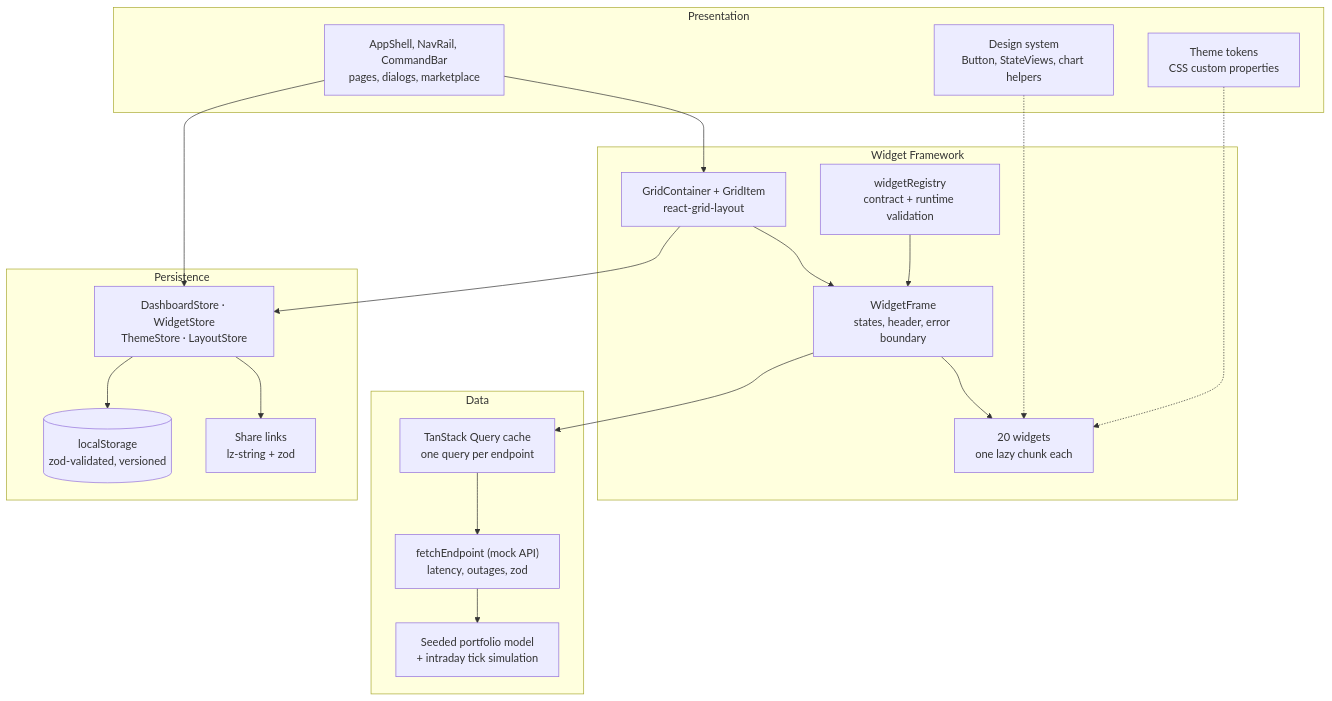
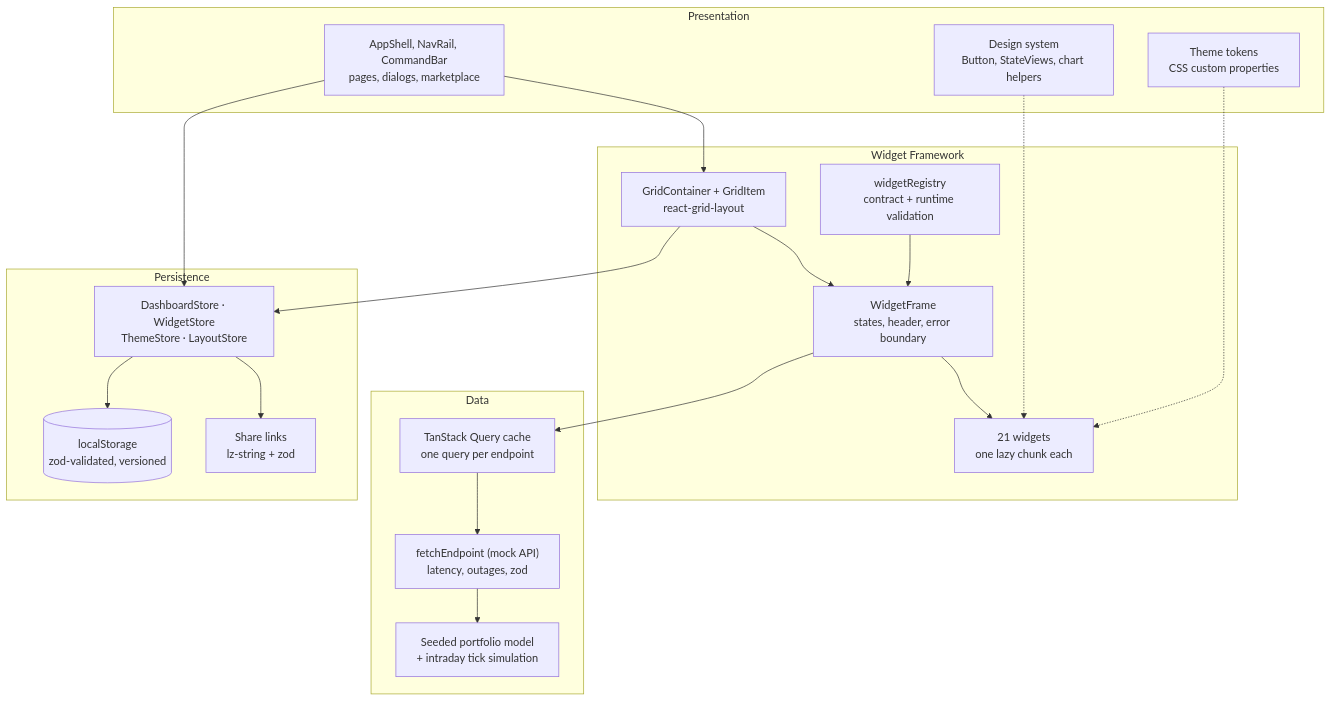
Before and after one commit to vaishnavibhagwat/Project-C: the first of 6 diagrams in docs/ARCHITECTURE.md, drawn with Mermaid. The commit also changed 20 other files, not shown here.

````diff
--- a/docs/ARCHITECTURE.md
+++ b/docs/ARCHITECTURE.md
@@ -18,38 +18,38 @@
 ```mermaid
 flowchart TB
   subgraph P["Presentation"]
     shell["AppShell, NavRail, CommandBar<br/>pages, dialogs, marketplace"]
     ds["Design system<br/>Button, StateViews, chart helpers"]
     theme["Theme tokens<br/>CSS custom properties"]
   end
   subgraph W["Widget Framework"]
     registry["widgetRegistry<br/>contract + runtime validation"]
     grid["GridContainer + GridItem<br/>react-grid-layout"]
     frame["WidgetFrame<br/>states, header, error boundary"]
-    widgets["20 widgets<br/>one lazy chunk each"]
+    widgets["21 widgets<br/>one lazy chunk each"]
   end
   subgraph D["Data"]
     query["TanStack Query cache<br/>one query per endpoint"]
     api["fetchEndpoint (mock API)<br/>latency, outages, zod"]
     sim["Seeded portfolio model<br/>+ intraday tick simulation"]
   end
   subgraph S["Persistence"]
     stores["DashboardStore · WidgetStore<br/>ThemeStore · LayoutStore"]
     ls[("localStorage<br/>zod-validated, versioned")]
     share["Share links<br/>lz-string + zod"]
   end
 
   shell --> grid
   grid --> frame
   registry --> frame
   frame --> widgets
   frame --> query
   query --> api
   api --> sim
   shell --> stores
   grid --> stores
   stores --> ls
   stores --> share
   ds -.-> widgets
   theme -.-> widgets
 ```
````
